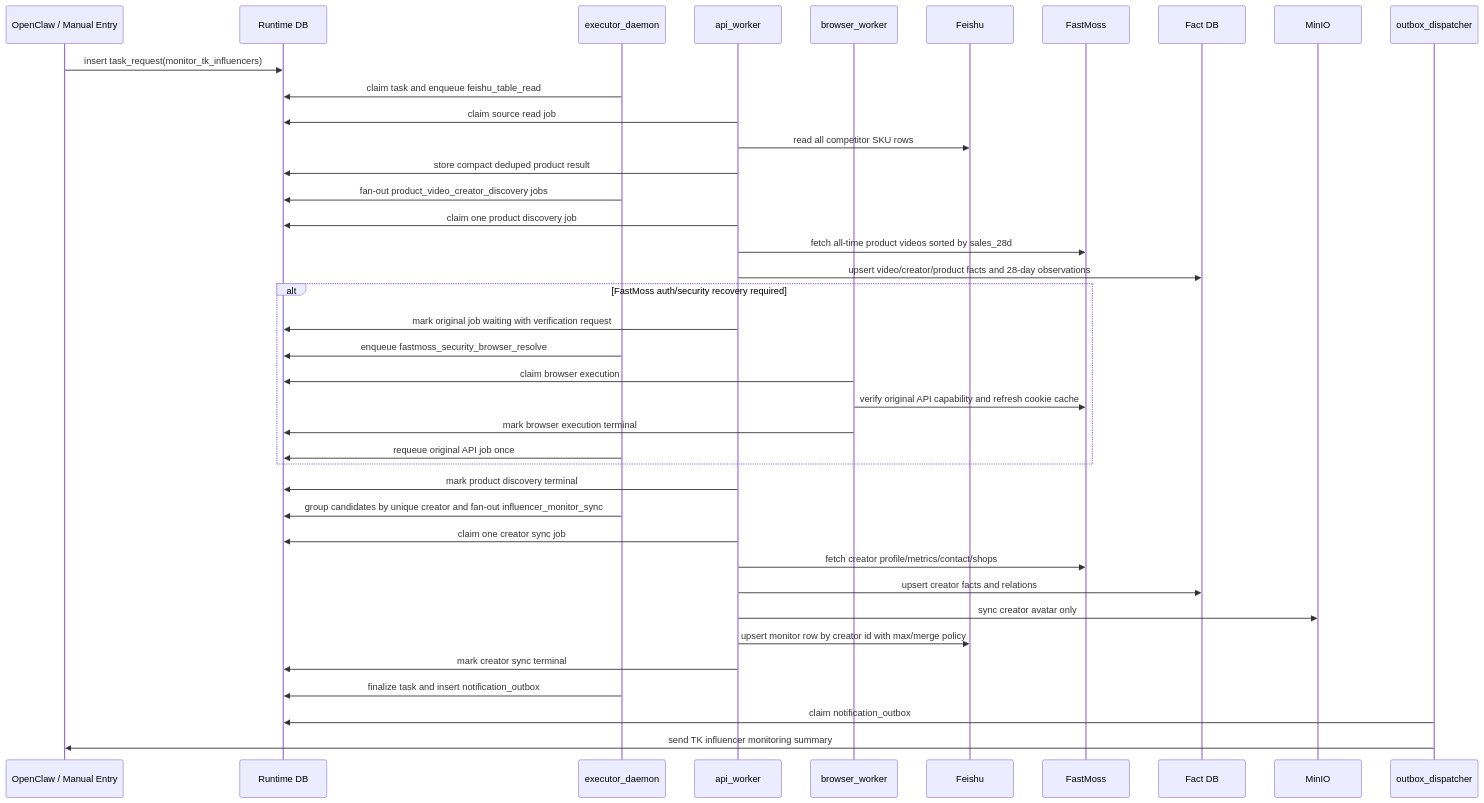
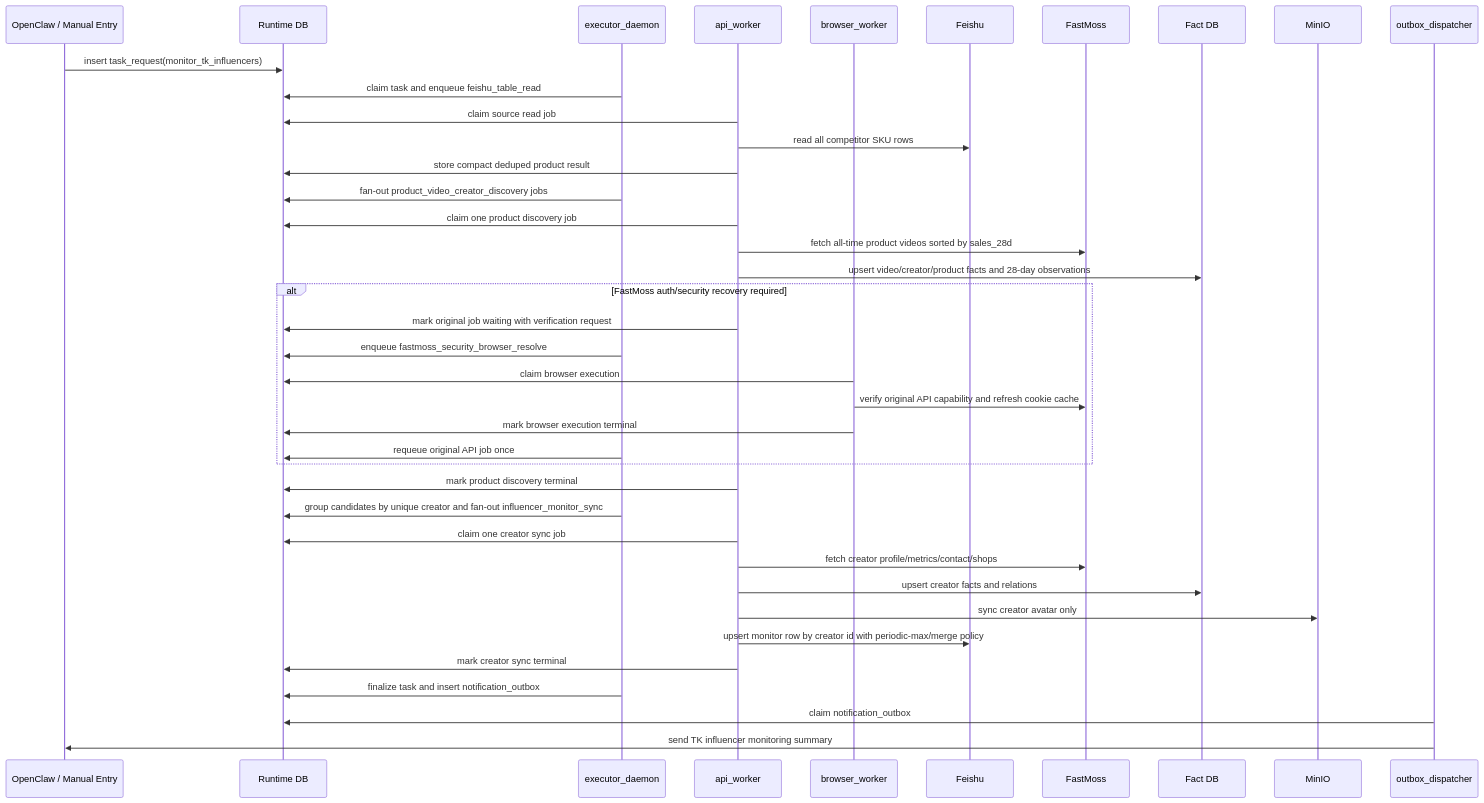
Before and after one commit to knighterrantsky/mujitask: the second of 2 diagrams in docs/arch/workflow-influencer-monitoring-design.md, drawn with Mermaid. The commit also changed other lines of this file and 24 other files, not shown here.

````diff
--- a/docs/arch/workflow-influencer-monitoring-design.md
+++ b/docs/arch/workflow-influencer-monitoring-design.md
@@ -653,42 +670,42 @@
 ```mermaid
 sequenceDiagram
     participant Entry as OpenClaw / Manual Entry
     participant DB as Runtime DB
     participant Exec as executor_daemon
     participant API as api_worker
     participant Browser as browser_worker
     participant Feishu as Feishu
     participant FastMoss as FastMoss
     participant Fact as Fact DB
     participant Obj as MinIO
     participant Outbox as outbox_dispatcher
 
     Entry->>DB: insert task_request(monitor_tk_influencers)
     Exec->>DB: claim task and enqueue feishu_table_read
     API->>DB: claim source read job
     API->>Feishu: read all competitor SKU rows
     API->>DB: store compact deduped product result
     Exec->>DB: fan-out product_video_creator_discovery jobs
     API->>DB: claim one product discovery job
     API->>FastMoss: fetch all-time product videos sorted by sales_28d
     API->>Fact: upsert video/creator/product facts and 28-day observations
     alt FastMoss auth/security recovery required
         API->>DB: mark original job waiting with verification request
         Exec->>DB: enqueue fastmoss_security_browser_resolve
         Browser->>DB: claim browser execution
         Browser->>FastMoss: verify original API capability and refresh cookie cache
         Browser->>DB: mark browser execution terminal
         Exec->>DB: requeue original API job once
     end
     API->>DB: mark product discovery terminal
     Exec->>DB: group candidates by unique creator and fan-out influencer_monitor_sync
     API->>DB: claim one creator sync job
     API->>FastMoss: fetch creator profile/metrics/contact/shops
     API->>Fact: upsert creator facts and relations
     API->>Obj: sync creator avatar only
-    API->>Feishu: upsert monitor row by creator id with max/merge policy
+    API->>Feishu: upsert monitor row by creator id with periodic-max/merge policy
     API->>DB: mark creator sync terminal
     Exec->>DB: finalize task and insert notification_outbox
     Outbox->>DB: claim notification_outbox
     Outbox->>Entry: send TK influencer monitoring summary
 ```
````
